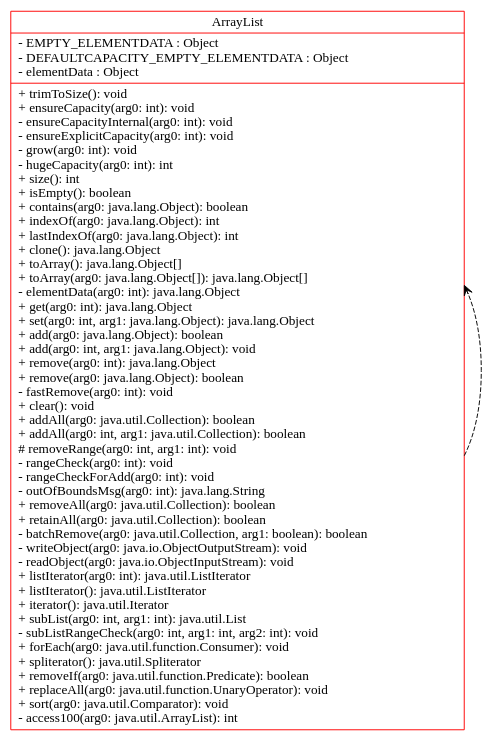
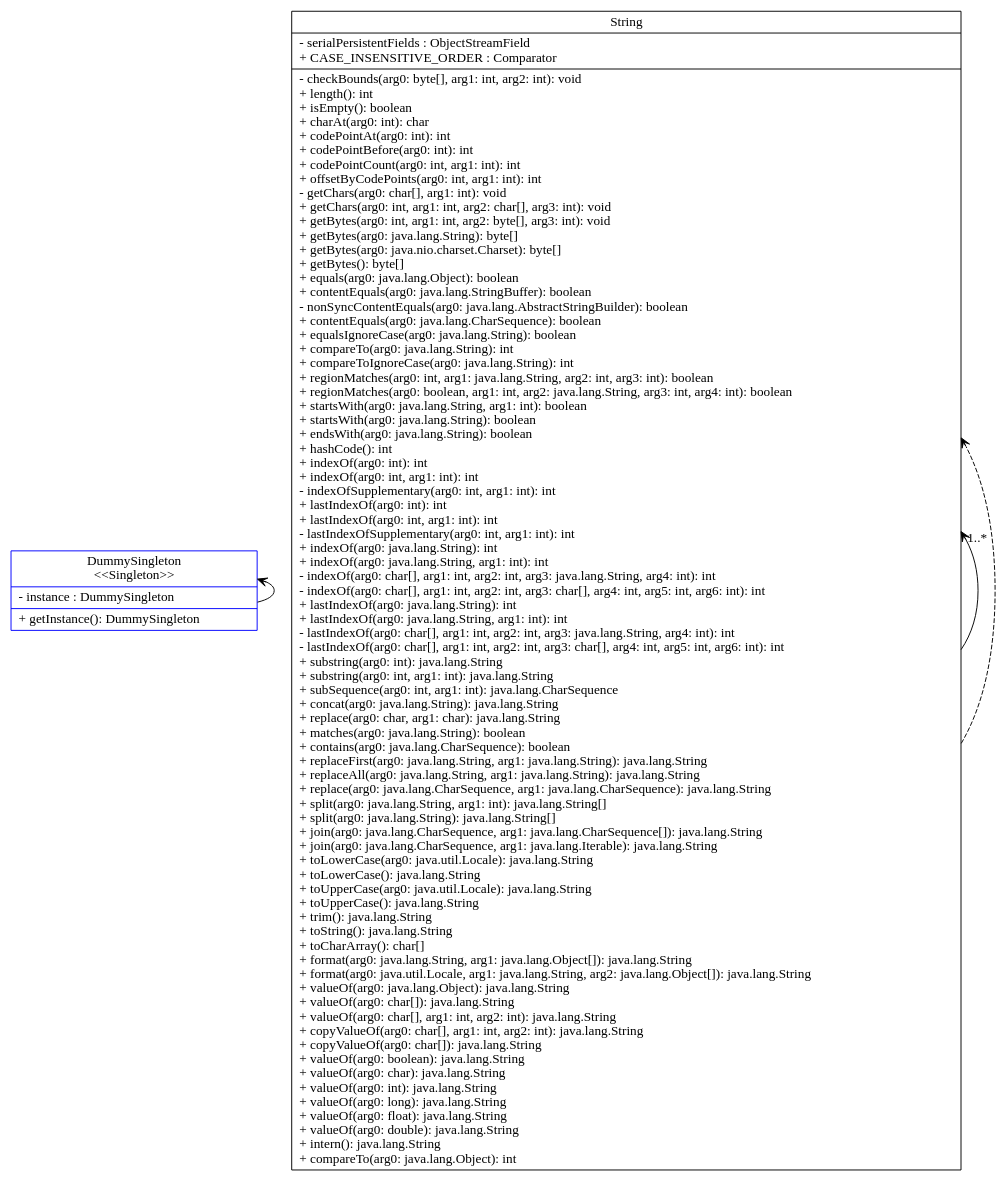
One commit to KennanFrench/-CSSE374-The-Observers changed the diagram in FinalProject/test.gv. Above: the diagram before and after it, drawn with Graphviz. The commit also changed 22 other files, not shown here.

```diff
--- a/FinalProject/test.gv
+++ b/FinalProject/test.gv
@@ -1,55 +1,97 @@
 digraph ILoveThisProject{
 rankdir=BT;
-ArrayList [
+DummySingleton [
  shape="record",
- color="red"
- label="{ArrayList | - EMPTY_ELEMENTDATA : Object\l- DEFAULTCAPACITY_EMPTY_ELEMENTDATA : Object\l- elementData : Object\l|+ trimToSize(): void\l
-+ ensureCapacity(arg0: int): void\l
-- ensureCapacityInternal(arg0: int): void\l
-- ensureExplicitCapacity(arg0: int): void\l
-- grow(arg0: int): void\l
-- hugeCapacity(arg0: int): int\l
-+ size(): int\l
-+ isEmpty(): boolean\l
-+ contains(arg0: java.lang.Object): boolean\l
-+ indexOf(arg0: java.lang.Object): int\l
-+ lastIndexOf(arg0: java.lang.Object): int\l
-+ clone(): java.lang.Object\l
-+ toArray(): java.lang.Object[]\l
-+ toArray(arg0: java.lang.Object[]): java.lang.Object[]\l
-- elementData(arg0: int): java.lang.Object\l
-+ get(arg0: int): java.lang.Object\l
-+ set(arg0: int, arg1: java.lang.Object): java.lang.Object\l
-+ add(arg0: java.lang.Object): boolean\l
-+ add(arg0: int, arg1: java.lang.Object): void\l
-+ remove(arg0: int): java.lang.Object\l
-+ remove(arg0: java.lang.Object): boolean\l
-- fastRemove(arg0: int): void\l
-+ clear(): void\l
-+ addAll(arg0: java.util.Collection): boolean\l
-+ addAll(arg0: int, arg1: java.util.Collection): boolean\l
-# removeRange(arg0: int, arg1: int): void\l
-- rangeCheck(arg0: int): void\l
-- rangeCheckForAdd(arg0: int): void\l
-- outOfBoundsMsg(arg0: int): java.lang.String\l
-+ removeAll(arg0: java.util.Collection): boolean\l
-+ retainAll(arg0: java.util.Collection): boolean\l
-- batchRemove(arg0: java.util.Collection, arg1: boolean): boolean\l
-- writeObject(arg0: java.io.ObjectOutputStream): void\l
-- readObject(arg0: java.io.ObjectInputStream): void\l
-+ listIterator(arg0: int): java.util.ListIterator\l
-+ listIterator(): java.util.ListIterator\l
-+ iterator(): java.util.Iterator\l
-+ subList(arg0: int, arg1: int): java.util.List\l
-- subListRangeCheck(arg0: int, arg1: int, arg2: int): void\l
-+ forEach(arg0: java.util.function.Consumer): void\l
-+ spliterator(): java.util.Spliterator\l
-+ removeIf(arg0: java.util.function.Predicate): boolean\l
-+ replaceAll(arg0: java.util.function.UnaryOperator): void\l
-+ sort(arg0: java.util.Comparator): void\l
-- access100(arg0: java.util.ArrayList): int\l
+ color="blue"
+ label="{DummySingleton\n\<\<Singleton\>\>\n | - instance : DummySingleton\l|+ getInstance(): DummySingleton\l
 }" 
 ];
-ArrayList -> ArrayList [arrowhead="vee", style="dashed", taillabel = ""];
+String [
+ shape="record",
+ color="null"
+ label="{String | - serialPersistentFields : ObjectStreamField\l+ CASE_INSENSITIVE_ORDER : Comparator\l|- checkBounds(arg0: byte[], arg1: int, arg2: int): void\l
++ length(): int\l
++ isEmpty(): boolean\l
++ charAt(arg0: int): char\l
++ codePointAt(arg0: int): int\l
++ codePointBefore(arg0: int): int\l
++ codePointCount(arg0: int, arg1: int): int\l
++ offsetByCodePoints(arg0: int, arg1: int): int\l
+- getChars(arg0: char[], arg1: int): void\l
++ getChars(arg0: int, arg1: int, arg2: char[], arg3: int): void\l
++ getBytes(arg0: int, arg1: int, arg2: byte[], arg3: int): void\l
++ getBytes(arg0: java.lang.String): byte[]\l
++ getBytes(arg0: java.nio.charset.Charset): byte[]\l
++ getBytes(): byte[]\l
++ equals(arg0: java.lang.Object): boolean\l
++ contentEquals(arg0: java.lang.StringBuffer): boolean\l
+- nonSyncContentEquals(arg0: java.lang.AbstractStringBuilder): boolean\l
++ contentEquals(arg0: java.lang.CharSequence): boolean\l
++ equalsIgnoreCase(arg0: java.lang.String): boolean\l
++ compareTo(arg0: java.lang.String): int\l
++ compareToIgnoreCase(arg0: java.lang.String): int\l
++ regionMatches(arg0: int, arg1: java.lang.String, arg2: int, arg3: int): boolean\l
++ regionMatches(arg0: boolean, arg1: int, arg2: java.lang.String, arg3: int, arg4: int): boolean\l
++ startsWith(arg0: java.lang.String, arg1: int): boolean\l
++ startsWith(arg0: java.lang.String): boolean\l
++ endsWith(arg0: java.lang.String): boolean\l
++ hashCode(): int\l
++ indexOf(arg0: int): int\l
++ indexOf(arg0: int, arg1: int): int\l
+- indexOfSupplementary(arg0: int, arg1: int): int\l
++ lastIndexOf(arg0: int): int\l
++ lastIndexOf(arg0: int, arg1: int): int\l
+- lastIndexOfSupplementary(arg0: int, arg1: int): int\l
++ indexOf(arg0: java.lang.String): int\l
++ indexOf(arg0: java.lang.String, arg1: int): int\l
+- indexOf(arg0: char[], arg1: int, arg2: int, arg3: java.lang.String, arg4: int): int\l
+- indexOf(arg0: char[], arg1: int, arg2: int, arg3: char[], arg4: int, arg5: int, arg6: int): int\l
++ lastIndexOf(arg0: java.lang.String): int\l
++ lastIndexOf(arg0: java.lang.String, arg1: int): int\l
+- lastIndexOf(arg0: char[], arg1: int, arg2: int, arg3: java.lang.String, arg4: int): int\l
+- lastIndexOf(arg0: char[], arg1: int, arg2: int, arg3: char[], arg4: int, arg5: int, arg6: int): int\l
++ substring(arg0: int): java.lang.String\l
++ substring(arg0: int, arg1: int): java.lang.String\l
++ subSequence(arg0: int, arg1: int): java.lang.CharSequence\l
++ concat(arg0: java.lang.String): java.lang.String\l
++ replace(arg0: char, arg1: char): java.lang.String\l
++ matches(arg0: java.lang.String): boolean\l
++ contains(arg0: java.lang.CharSequence): boolean\l
++ replaceFirst(arg0: java.lang.String, arg1: java.lang.String): java.lang.String\l
++ replaceAll(arg0: java.lang.String, arg1: java.lang.String): java.lang.String\l
++ replace(arg0: java.lang.CharSequence, arg1: java.lang.CharSequence): java.lang.String\l
++ split(arg0: java.lang.String, arg1: int): java.lang.String[]\l
++ split(arg0: java.lang.String): java.lang.String[]\l
++ join(arg0: java.lang.CharSequence, arg1: java.lang.CharSequence[]): java.lang.String\l
++ join(arg0: java.lang.CharSequence, arg1: java.lang.Iterable): java.lang.String\l
++ toLowerCase(arg0: java.util.Locale): java.lang.String\l
++ toLowerCase(): java.lang.String\l
++ toUpperCase(arg0: java.util.Locale): java.lang.String\l
++ toUpperCase(): java.lang.String\l
++ trim(): java.lang.String\l
++ toString(): java.lang.String\l
++ toCharArray(): char[]\l
++ format(arg0: java.lang.String, arg1: java.lang.Object[]): java.lang.String\l
++ format(arg0: java.util.Locale, arg1: java.lang.String, arg2: java.lang.Object[]): java.lang.String\l
++ valueOf(arg0: java.lang.Object): java.lang.String\l
++ valueOf(arg0: char[]): java.lang.String\l
++ valueOf(arg0: char[], arg1: int, arg2: int): java.lang.String\l
++ copyValueOf(arg0: char[], arg1: int, arg2: int): java.lang.String\l
++ copyValueOf(arg0: char[]): java.lang.String\l
++ valueOf(arg0: boolean): java.lang.String\l
++ valueOf(arg0: char): java.lang.String\l
++ valueOf(arg0: int): java.lang.String\l
++ valueOf(arg0: long): java.lang.String\l
++ valueOf(arg0: float): java.lang.String\l
++ valueOf(arg0: double): java.lang.String\l
++ intern(): java.lang.String\l
++ compareTo(arg0: java.lang.Object): int\l
+}" 
+];
+DummySingleton -> DummySingleton [arrowhead="vee", style="solid", taillabel = "", color = ""];
+
+String -> String [arrowhead="vee", style="solid", headlabel = " 1..* ", taillabel = "", color = ""];
+
+String -> String [arrowhead="vee", style="dashed", taillabel = "", color = ""];
 
 }
```
